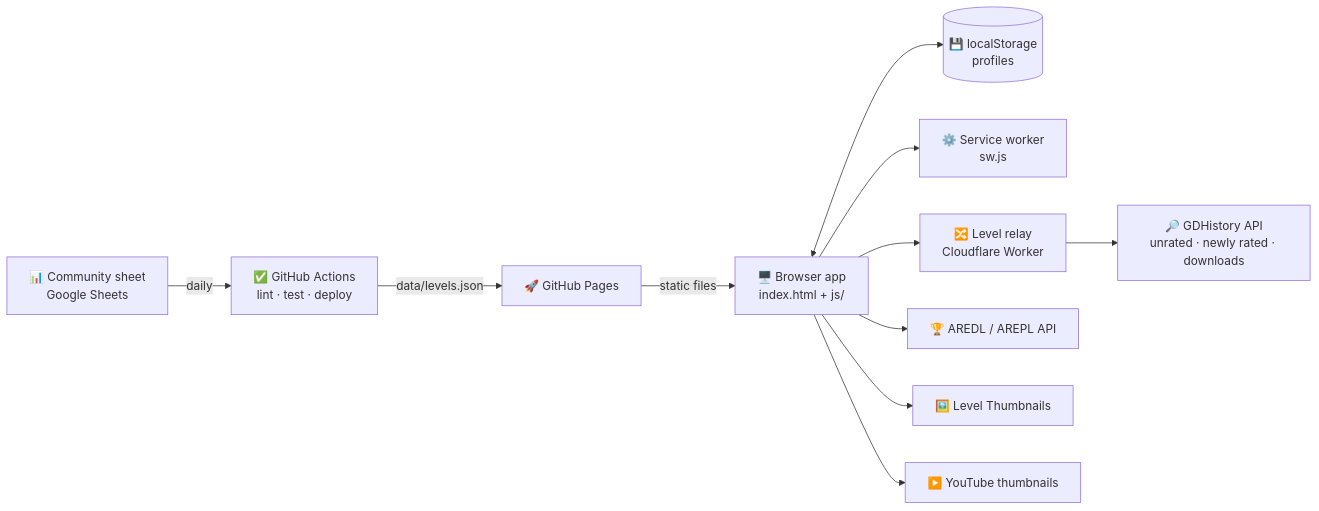
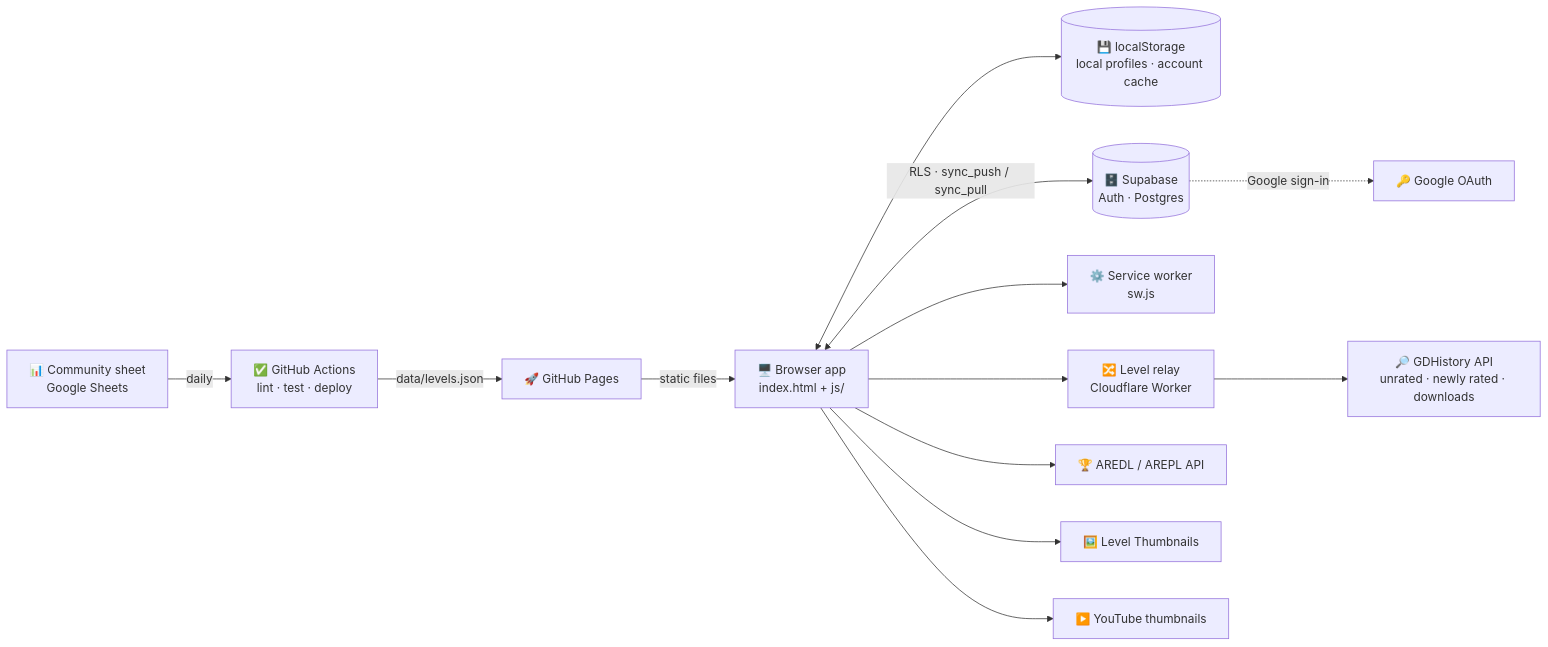
One commit to Wal-014/Personal-Progress-List changed the diagram in README.md. Above: the diagram before and after it, drawn with Mermaid. The commit also changed other lines of this file and 6 other files, not shown here.

First line of the commit message:
Launch with Google sign-in only and update the README

````diff
--- a/README.md
+++ b/README.md
@@ -41,13 +43,15 @@
 ```mermaid
 flowchart LR
     GS["📊 Community sheet<br/>Google Sheets"] -->|daily| CI
     CI["✅ GitHub Actions<br/>lint · test · deploy"] -->|data/levels.json| GH
     GH["🚀 GitHub Pages"] -->|static files| B["🖥️ Browser app<br/>index.html + js/"]
-    B <--> LS[("💾 localStorage<br/>profiles")]
+    B <--> LS[("💾 localStorage<br/>local profiles · account cache")]
+    B <-->|"RLS · sync_push / sync_pull"| SB[("🗄️ Supabase<br/>Auth · Postgres")]
+    SB -.->|Google sign-in| GO["🔑 Google OAuth"]
     B --> SW["⚙️ Service worker<br/>sw.js"]
     B --> R["🔀 Level relay<br/>Cloudflare Worker"]
     R --> G["🔎 GDHistory API<br/>unrated · newly rated · downloads"]
     B --> A["🏆 AREDL / AREPL API"]
     B --> T["🖼️ Level Thumbnails"]
     B --> Y["▶️ YouTube thumbnails"]
 ```
````
